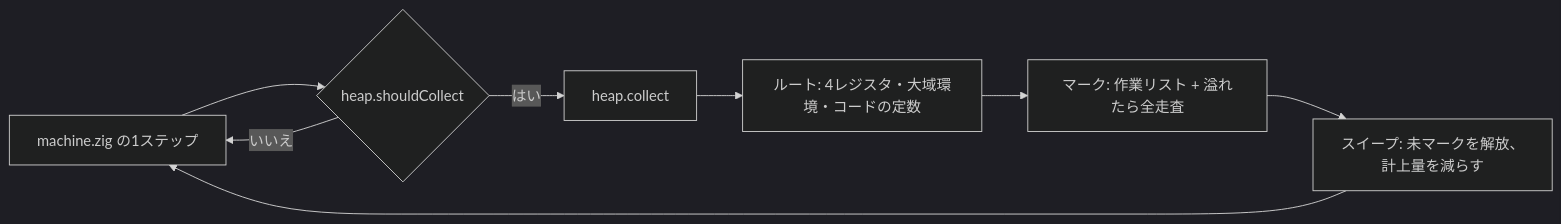
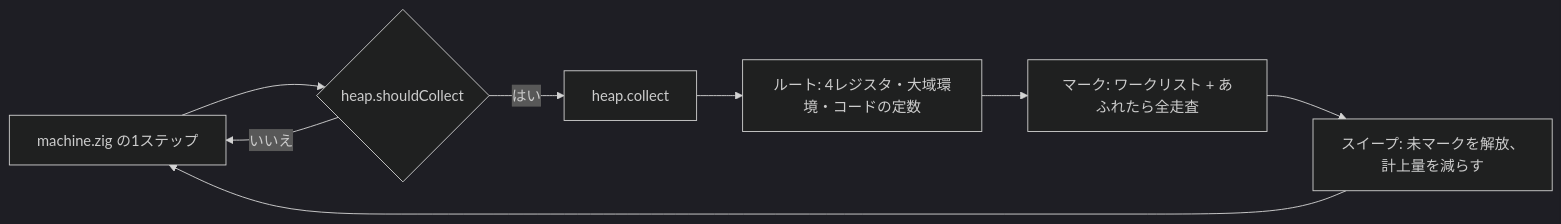
The diagram in docs/plans/0005-slice-1g-gc-heap.md (suchi/sucheme-zig), drawn with Mermaid (dark theme) before and after one commit. The commit also changed other lines of this file and 40 other files, not shown here.

````diff
--- a/docs/plans/0005-slice-1g-gc-heap.md
+++ b/docs/plans/0005-slice-1g-gc-heap.md
@@ -57,10 +57,10 @@
 ```mermaid
 flowchart LR
     machine[machine.zig の1ステップ] --> check{heap.shouldCollect}
     check -->|いいえ| machine
     check -->|はい| collect[heap.collect]
     collect --> roots[ルート: 4レジスタ・大域環境・コードの定数]
-    roots --> mark[マーク: 作業リスト + 溢れたら全走査]
+    roots --> mark[マーク: ワークリスト + あふれたら全走査]
     mark --> sweep[スイープ: 未マークを解放、計上量を減らす]
     sweep --> machine
 ```
````
